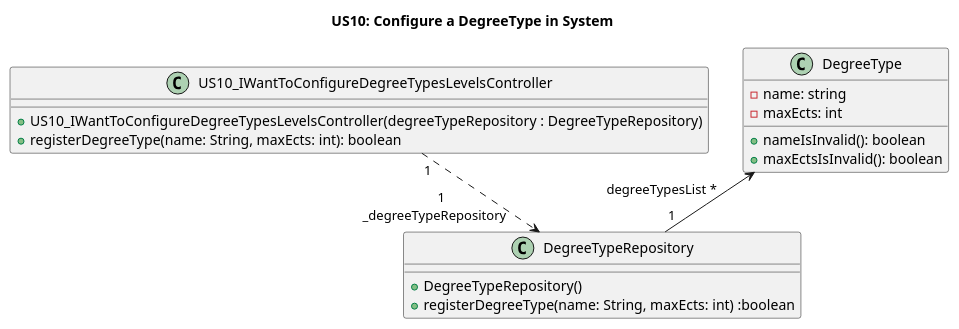
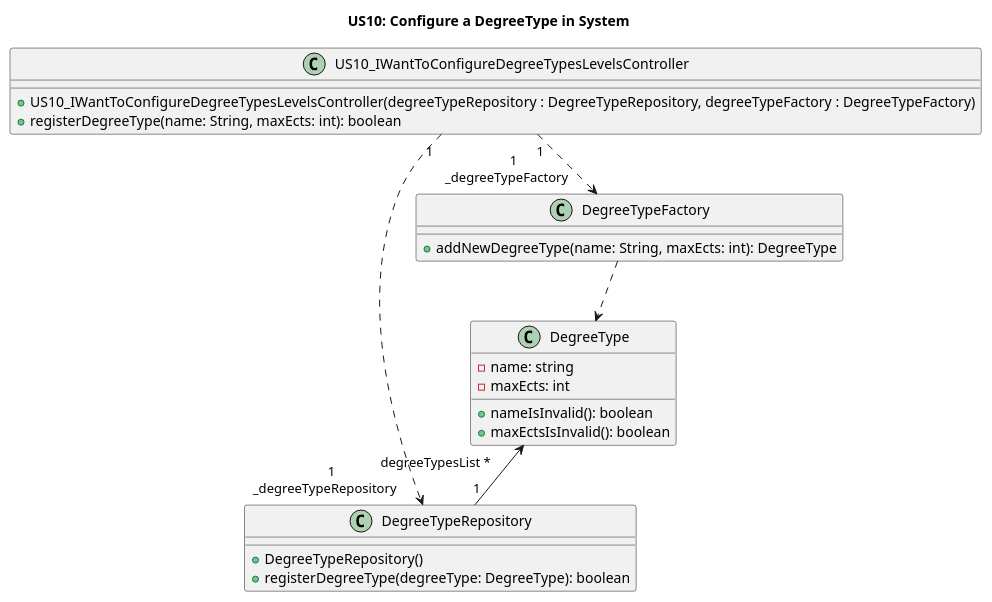
Before and after one commit to GasparISEP/DevOps-PAI: the diagram in docs/US10/US10_ConfigureDegreeTypeInSystemClassDiagram.puml, drawn with PlantUML. The commit also changed 1 other file, not shown here.

Commit message:
Update US10 Class Diagram and Sequence Diagram with factory classes.

```diff
--- a/docs/US10/US10_ConfigureDegreeTypeInSystemClassDiagram.puml
+++ b/docs/US10/US10_ConfigureDegreeTypeInSystemClassDiagram.puml
@@ -1,26 +1,30 @@
 @startuml
 title US10: Configure a DegreeType in System
-'left to right direction
 
 class US10_IWantToConfigureDegreeTypesLevelsController {
-    +US10_IWantToConfigureDegreeTypesLevelsController(degreeTypeRepository : DegreeTypeRepository)
+    +US10_IWantToConfigureDegreeTypesLevelsController(degreeTypeRepository : DegreeTypeRepository, degreeTypeFactory : DegreeTypeFactory)
     +registerDegreeType(name: String, maxEcts: int): boolean
 }
 
 class DegreeType {
     - name: string
     - maxEcts: int
     + nameIsInvalid(): boolean
     + maxEctsIsInvalid(): boolean
 }
 
-
 class DegreeTypeRepository {
     +DegreeTypeRepository()
-    +registerDegreeType(name: String, maxEcts: int) :boolean
+    +registerDegreeType(degreeType: DegreeType): boolean
 }
 
+class DegreeTypeFactory {
+    +addNewDegreeType(name: String, maxEcts: int): DegreeType
+}
 
 US10_IWantToConfigureDegreeTypesLevelsController "1" ..> "1\n_degreeTypeRepository    " DegreeTypeRepository
+US10_IWantToConfigureDegreeTypesLevelsController "1" ..> "1\n_degreeTypeFactory    " DegreeTypeFactory
 DegreeType "degreeTypesList *      " <-- "1" DegreeTypeRepository
+DegreeTypeFactory ..> DegreeType
+
 @enduml
```
